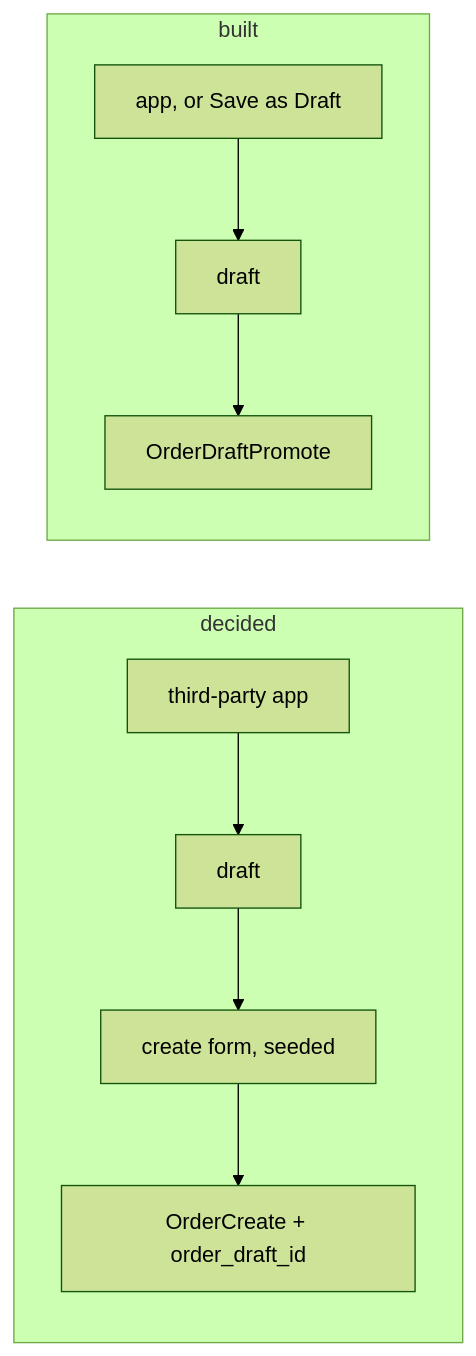
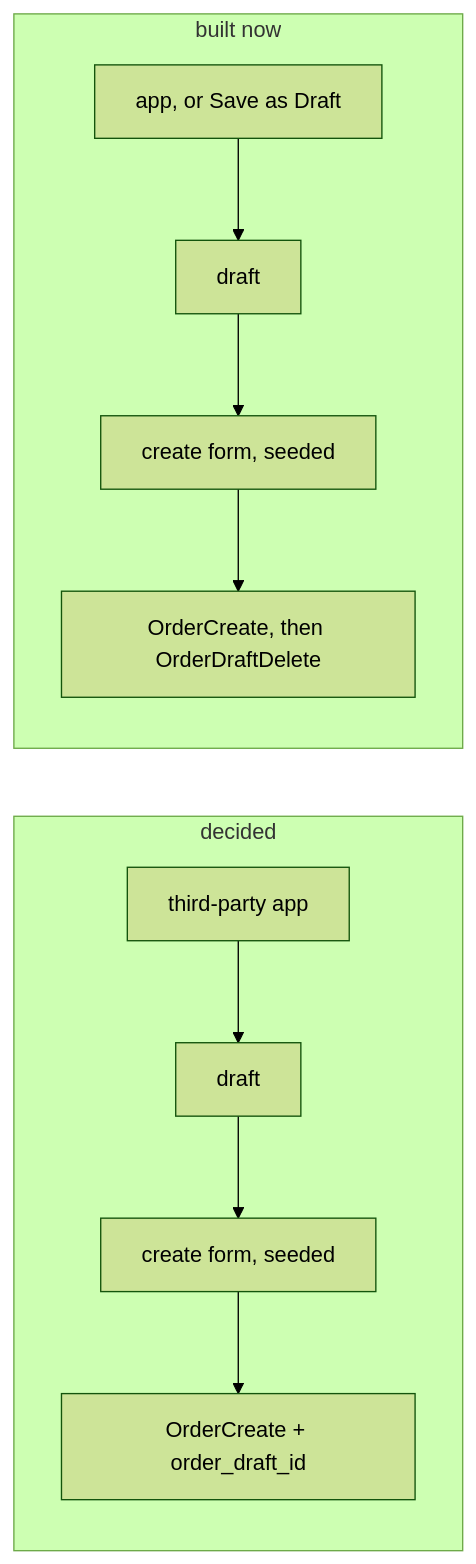
Before and after one commit to pdcgo/warehouse_revamp: the sixth of 7 diagrams in docs/business/order/context_clarify.md, drawn with Mermaid (forest theme). The commit also changed other lines of this file and 36 other files, not shown here.

First line of the commit message:
drafts: a draft opens in the order form, and the drafts are a list of their own

````diff
--- a/docs/business/order/context_clarify.md
+++ b/docs/business/order/context_clarify.md
@@ -269,9 +267,9 @@
 ```mermaid
 flowchart LR
   subgraph "decided"
     A1["third-party app"] --> D1["draft"] --> F1["create form, seeded"] --> O1["OrderCreate + order_draft_id"]
   end
-  subgraph "built"
-    A2["app, or Save as Draft"] --> D2["draft"] --> P2["OrderDraftPromote"]
+  subgraph "built now"
+    A2["app, or Save as Draft"] --> D2["draft"] --> F2["create form, seeded"] --> O2["OrderCreate, then OrderDraftDelete"]
   end
 ```
````
